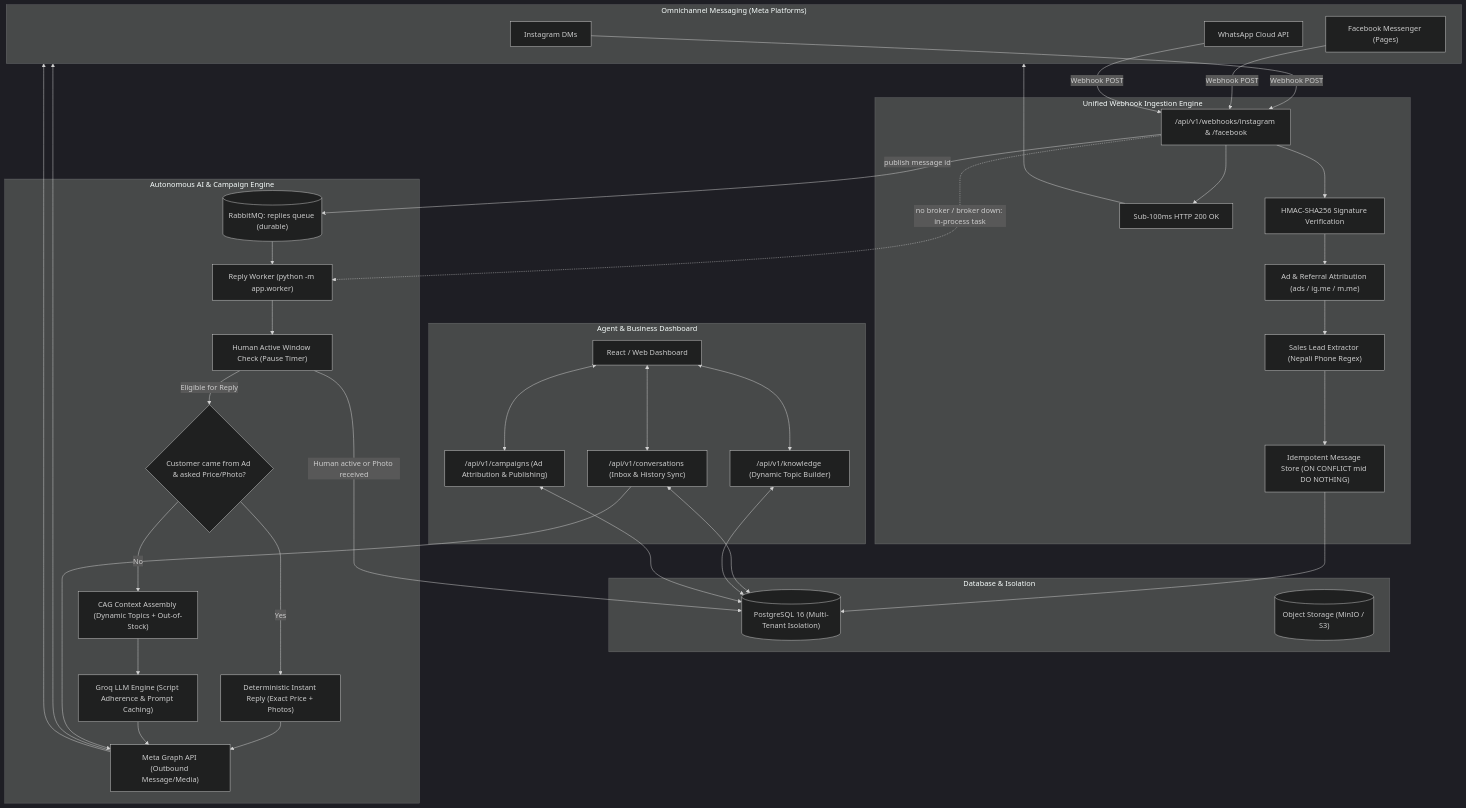
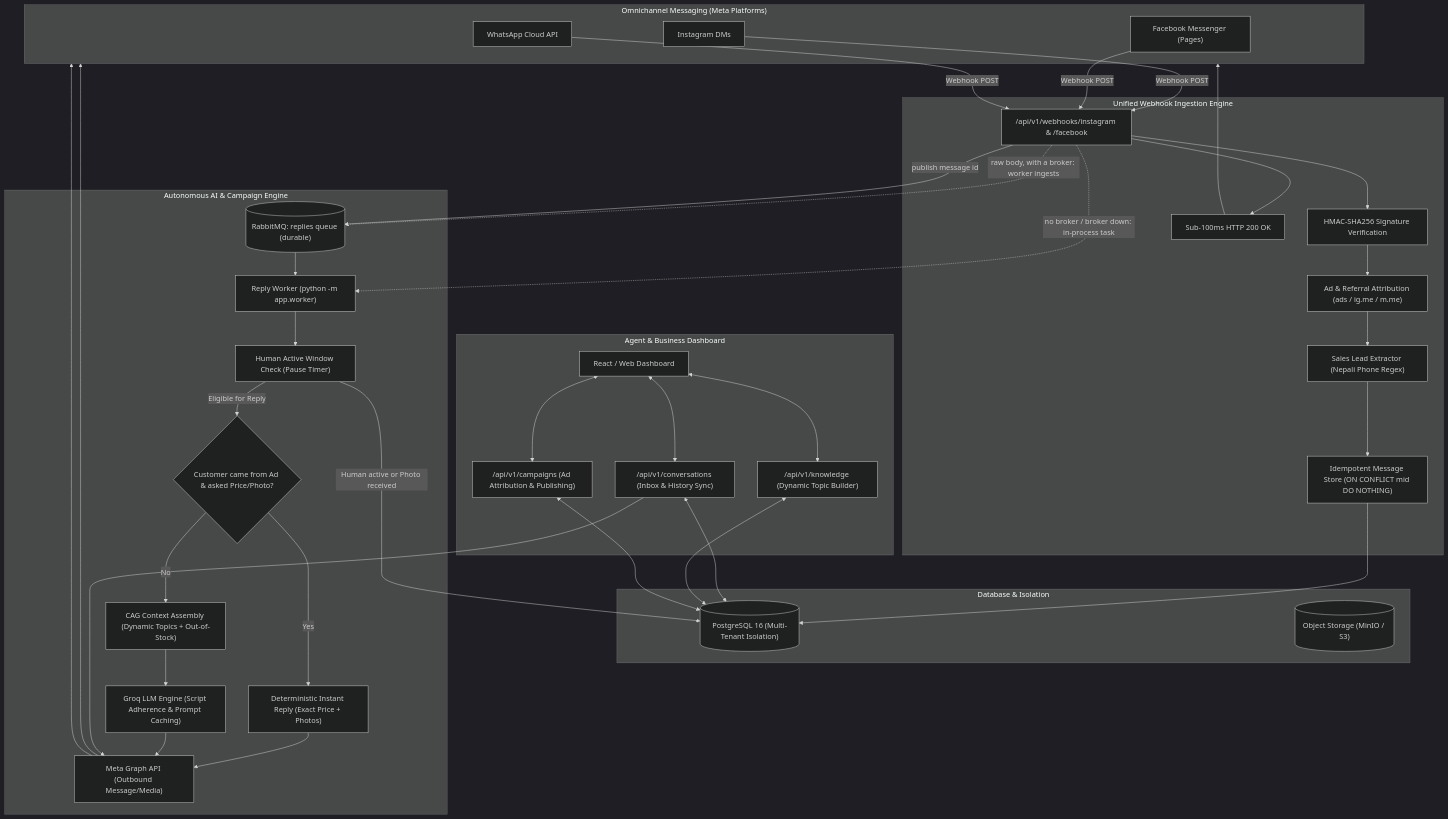
The first of 6 diagrams in docs/system-flow.md (ajahi/sanchar-back), drawn with Mermaid (dark theme) before and after one commit. The commit also changed other lines of this file and 8 other files, not shown here.

````diff
--- a/docs/system-flow.md
+++ b/docs/system-flow.md
@@ -9,59 +9,60 @@
 ```mermaid
 flowchart TD
     subgraph Channels["Omnichannel Messaging (Meta Platforms)"]
         IG["Instagram DMs"]
         FB["Facebook Messenger (Pages)"]
         WA["WhatsApp Cloud API"]
     end
 
     subgraph Ingestion["Unified Webhook Ingestion Engine"]
         WH["/api/v1/webhooks/instagram & /facebook"]
         SigCheck["HMAC-SHA256 Signature Verification"]
         RefExtract["Ad & Referral Attribution (ads / ig.me / m.me)"]
         LeadExtract["Sales Lead Extractor (Nepali Phone Regex)"]
         Dedup["Idempotent Message Store (ON CONFLICT mid DO NOTHING)"]
         Ack["Sub-100ms HTTP 200 OK"]
     end
 
     subgraph Storage["Database & Isolation"]
         PG[("PostgreSQL 16 (Multi-Tenant Isolation)")]
         S3[("Object Storage (MinIO / S3)")]
     end
 
     subgraph Pipeline["Autonomous AI & Campaign Engine"]
         Q[("RabbitMQ: replies queue (durable)")]
         Worker["Reply Worker (python -m app.worker)"]
         Guard["Human Active Window Check (Pause Timer)"]
         CampCheck{"Customer came from Ad & asked Price/Photo?"}
         CampReply["Deterministic Instant Reply (Exact Price + Photos)"]
         CAG["CAG Context Assembly (Dynamic Topics + Out-of-Stock)"]
         LLM["Groq LLM Engine (Script Adherence & Prompt Caching)"]
         MetaOut["Meta Graph API (Outbound Message/Media)"]
     end
 
     subgraph Dashboard["Agent & Business Dashboard"]
         UI["React / Web Dashboard"]
         AgentAPI["/api/v1/conversations (Inbox & History Sync)"]
         KnowledgeAPI["/api/v1/knowledge (Dynamic Topic Builder)"]
         CampaignAPI["/api/v1/campaigns (Ad Attribution & Publishing)"]
     end
 
     IG -->|Webhook POST| WH
     FB -->|Webhook POST| WH
     WA -->|Webhook POST| WH
 
     WH --> SigCheck --> RefExtract --> LeadExtract --> Dedup --> PG
     WH --> Ack --> Channels
+    WH -.->|raw body, with a broker: worker ingests| Q
     WH -->|publish message id| Q
     WH -.->|no broker / broker down: in-process task| Worker
     Q --> Worker --> Guard
     Guard -->|Human active or Photo received| PG
     Guard -->|Eligible for Reply| CampCheck
     CampCheck -->|Yes| CampReply --> MetaOut --> Channels
     CampCheck -->|No| CAG --> LLM --> MetaOut --> Channels
 
     UI <--> AgentAPI <--> PG
     UI <--> KnowledgeAPI <--> PG
     UI <--> CampaignAPI <--> PG
     AgentAPI --> MetaOut
 ```
````
